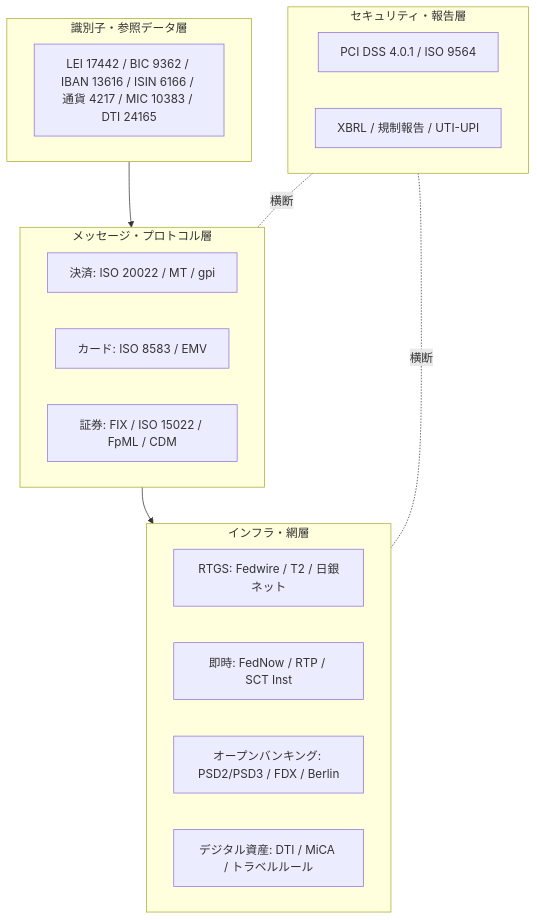
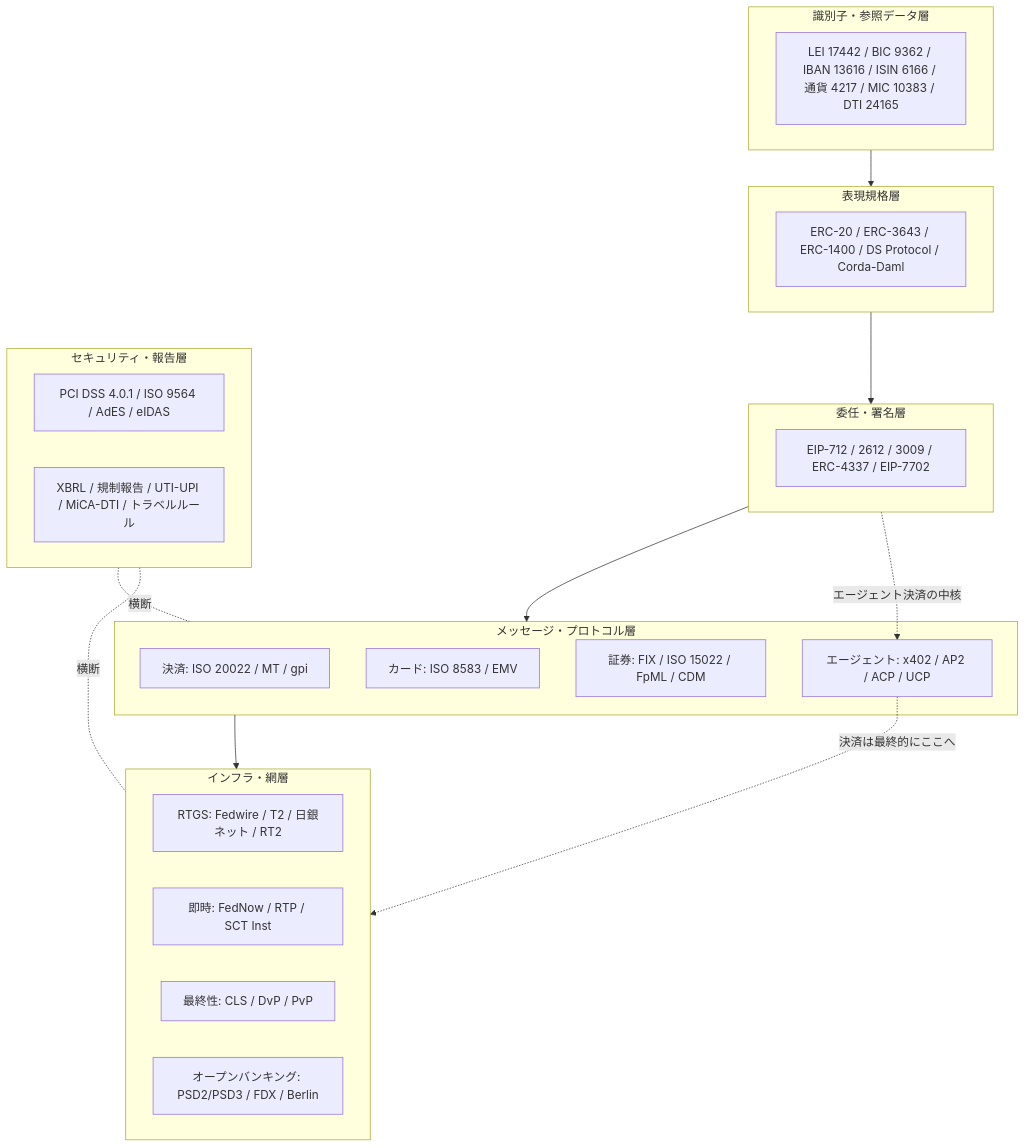
One commit to shuji-bonji/Current-Status-of-International-Standard-Adoption changed the third of 4 diagrams in 金融標準の総括_カタログと採用実態.md. Above: the diagram before and after it, drawn with Mermaid. The commit also changed other lines of this file and 11 other files, not shown here.

````diff
--- a/金融標準の総括_カタログと採用実態.md
+++ b/金融標準の総括_カタログと採用実態.md
@@ -181,24 +280,33 @@
 ```mermaid
 flowchart TB
     subgraph L1[識別子・参照データ層]
       ID[LEI 17442 / BIC 9362 / IBAN 13616 / ISIN 6166 / 通貨 4217 / MIC 10383 / DTI 24165]
     end
+    subgraph L15[表現規格層]
+      TOK[ERC-20 / ERC-3643 / ERC-1400 / DS Protocol / Corda-Daml]
+    end
+    subgraph L16[委任・署名層]
+      DEL[EIP-712 / 2612 / 3009 / ERC-4337 / EIP-7702]
+    end
     subgraph L2[メッセージ・プロトコル層]
       PAY[決済: ISO 20022 / MT / gpi]
       CARD[カード: ISO 8583 / EMV]
       SEC[証券: FIX / ISO 15022 / FpML / CDM]
+      AG[エージェント: x402 / AP2 / ACP / UCP]
     end
     subgraph L3[インフラ・網層]
-      RTGS[RTGS: Fedwire / T2 / 日銀ネット]
+      RTGS[RTGS: Fedwire / T2 / 日銀ネット / RT2]
       INST[即時: FedNow / RTP / SCT Inst]
+      PVP[最終性: CLS / DvP / PvP]
       API[オープンバンキング: PSD2/PSD3 / FDX / Berlin]
-      CRYPTO[デジタル資産: DTI / MiCA / トラベルルール]
     end
     subgraph L4[セキュリティ・報告層]
-      SECU[PCI DSS 4.0.1 / ISO 9564]
-      REP[XBRL / 規制報告 / UTI-UPI]
+      SECU[PCI DSS 4.0.1 / ISO 9564 / AdES / eIDAS]
+      REP[XBRL / 規制報告 / UTI-UPI / MiCA-DTI / トラベルルール]
     end
-    L1 --> L2 --> L3
+    L1 --> L15 --> L16 --> L2 --> L3
     L4 -.横断.- L2
     L4 -.横断.- L3
+    L16 -.エージェント決済の中核.-> AG
+    AG -.決済は最終的にここへ.-> L3
 ```
````
